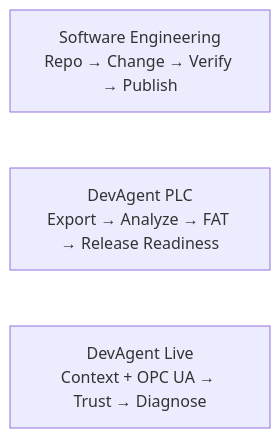
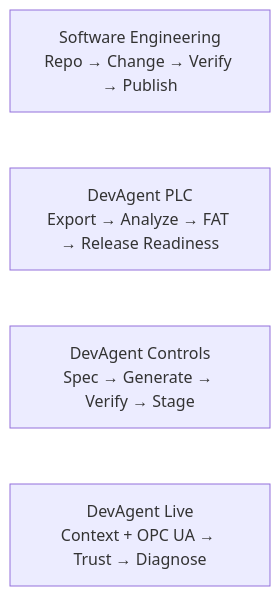
Before and after one commit to tomha85/devagent: the seventh of 7 diagrams in docs/general-architecture.md, drawn with Mermaid. The commit also changed other lines of this file, not shown here.

Commit message:
docs(controls): integrate Controls into general architecture

````diff
--- a/docs/general-architecture.md
+++ b/docs/general-architecture.md
@@ -238,7 +262,8 @@
 ```mermaid
 %%{init: {"flowchart": {"curve": "linear", "nodeSpacing": 56}}}%%
 flowchart LR
     SW["Software Engineering<br/>Repo → Change → Verify → Publish"]
     PLC["DevAgent PLC<br/>Export → Analyze → FAT → Release Readiness"]
+    CONTROLS["DevAgent Controls<br/>Spec → Generate → Verify → Stage"]
     LIVE["DevAgent Live<br/>Context + OPC UA → Trust → Diagnose"]
 ```
````
